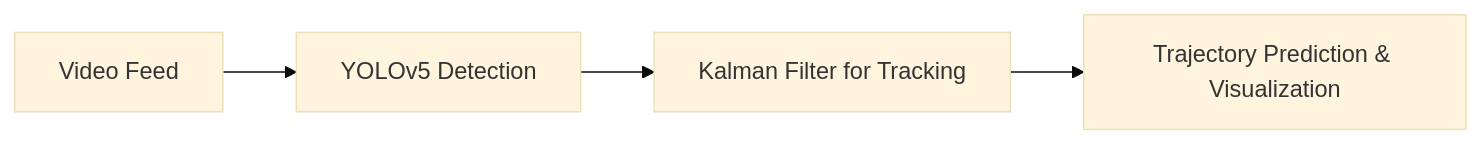
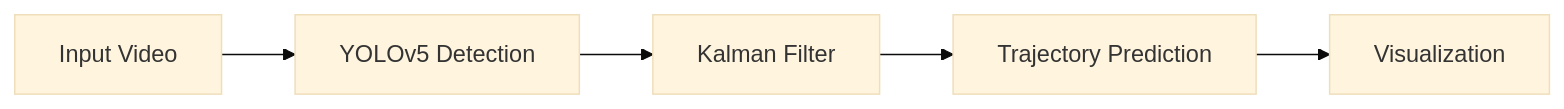
The second of 4 diagrams in README.md (ganesha360/ganesha360), drawn with Mermaid (base theme) before and after one commit. The commit also changed other lines of this file, not shown here.

````diff
--- a/README.md
+++ b/README.md
@@ -45,6 +68,7 @@
 ```mermaid
-graph LR;
-    Input[Video Feed] --> YOLO[YOLOv5 Detection];
-    YOLO --> Kalman[Kalman Filter for Tracking];
-    Kalman --> Visualization[Trajectory Prediction & Visualization];
+graph LR
+    A[Input Video] --> B[YOLOv5 Detection]
+    B --> C[Kalman Filter]
+    C --> D[Trajectory Prediction]
+    D --> E[Visualization]
 ```
````
